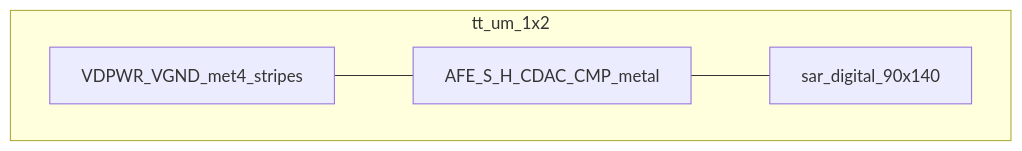
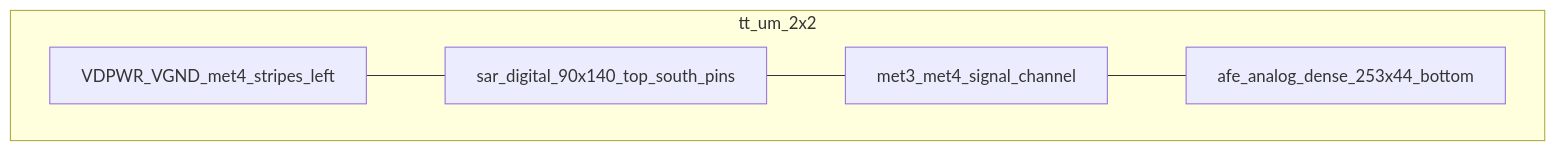
The sixth of 6 diagrams in docs/ARCHITECTURE.md (davidbroughsmyth/heart_monitor_adc_art_ttsky26c), drawn with Mermaid before and after one commit. The commit also changed other lines of this file and 35 other files, not shown here.

First line of the commit message:
Connect real dense AFE to sar_digital in a 2x2 tile

````diff
--- a/docs/ARCHITECTURE.md
+++ b/docs/ARCHITECTURE.md
@@ -171,10 +172,12 @@
 ```mermaid
 flowchart TB
-  subgraph tile [tt_um_1x2]
-    pwr[VDPWR_VGND_met4_stripes]
-    afeR[AFE_S_H_CDAC_CMP_metal]
-    digR[sar_digital_90x140]
+  subgraph tile [tt_um_2x2]
+    pwr[VDPWR_VGND_met4_stripes_left]
+    digR[sar_digital_90x140_top_south_pins]
+    chan[met3_met4_signal_channel]
+    afeR[afe_analog_dense_253x44_bottom]
   end
-  pwr --- afeR
-  afeR --- digR
+  pwr --- digR
+  digR --- chan
+  chan --- afeR
 ```
````
